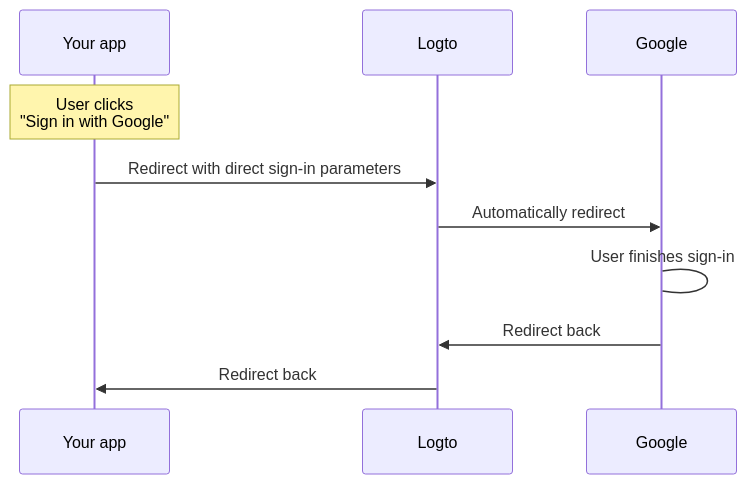
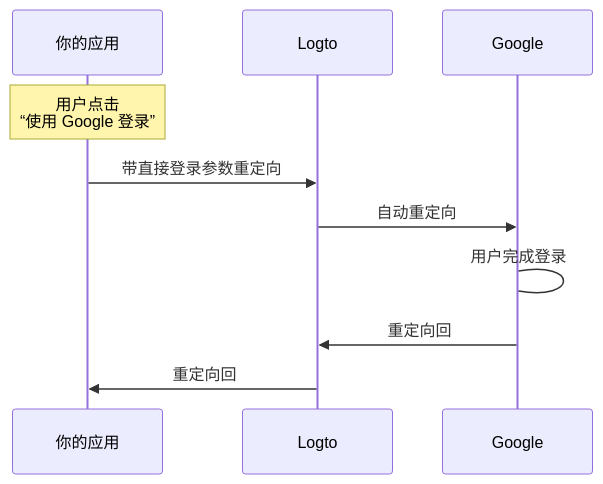
Before and after one commit to logto-io/docs: the fifth of 5 diagrams in i18n/zh-CN/docusaurus-plugin-content-docs/current/concepts/sign-in-experience.mdx, drawn with Mermaid. The commit also changed other lines of this file and 449 other files, not shown here.

````diff
--- a/i18n/zh-CN/docusaurus-plugin-content-docs/current/concepts/sign-in-experience.mdx
+++ b/i18n/zh-CN/docusaurus-plugin-content-docs/current/concepts/sign-in-experience.mdx
@@ -102,13 +102,13 @@
 ```mermaid
 sequenceDiagram
-  participant A as Your app
+  participant A as 你的应用
   participant B as Logto
   participant C as Google
 
-  Note over A: User clicks<br/>"Sign in with Google"
-  A->>B: Redirect with direct sign-in parameters
-  B->>C: Automatically redirect
-  C->C: User finishes sign-in
-  C->>B: Redirect back
-  B->>A: Redirect back
+  Note over A: 用户点击<br/>“使用 Google 登录”
+  A->>B: 带直接登录参数重定向
+  B->>C: 自动重定向
+  C->C: 用户完成登录
+  C->>B: 重定向回
+  B->>A: 重定向回
 ```
````
